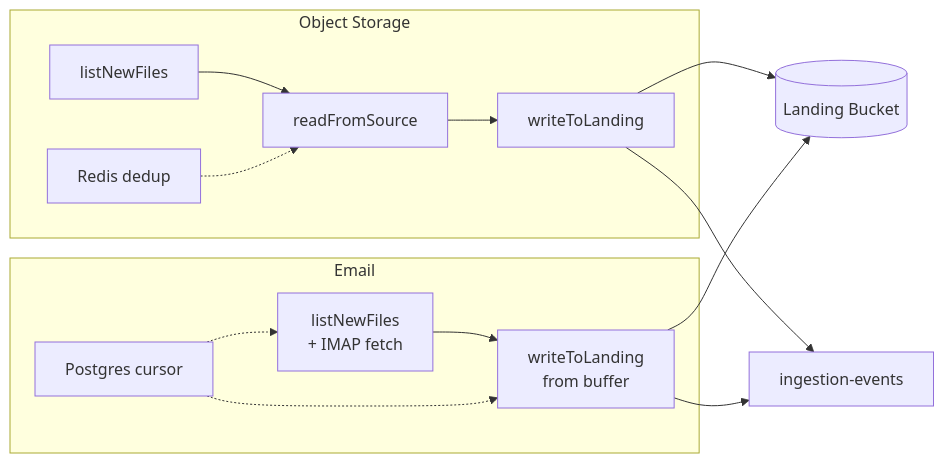
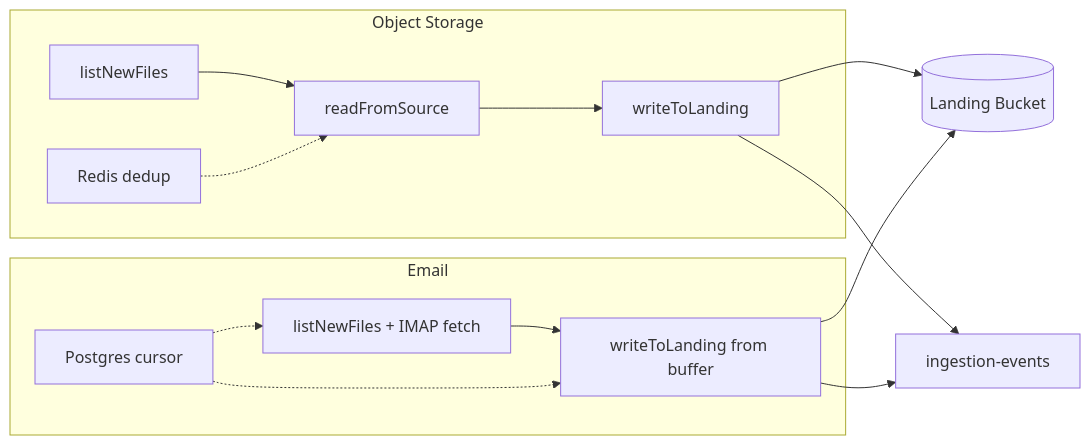
One commit to AtanuMM/Sentinel-Protocol---Hub changed the fifth of 5 diagrams in poc-v0.1/poll-orchestrator/README.md. Above: the diagram before and after it, drawn with Mermaid. The commit also changed other lines of this file and 8 other files, not shown here.

````diff
--- a/poc-v0.1/poll-orchestrator/README.md
+++ b/poc-v0.1/poll-orchestrator/README.md
@@ -349,19 +410,19 @@
 ```mermaid
 flowchart LR
   subgraph obj [Object Storage]
     A1[listNewFiles] --> A2[readFromSource]
     A2 --> A3[writeToLanding]
     R1[Redis dedup] -.-> A2
   end
 
   subgraph eml [Email]
-    B1[listNewFiles<br/>+ IMAP fetch] --> B2[writeToLanding<br/>from buffer]
+    B1[listNewFiles + IMAP fetch] --> B2[writeToLanding from buffer]
     C1[Postgres cursor] -.-> B1
     C1 -.-> B2
   end
 
   A3 --> LND[(Landing Bucket)]
   B2 --> LND
   A3 --> K1[ingestion-events]
   B2 --> K1
 ```
````
